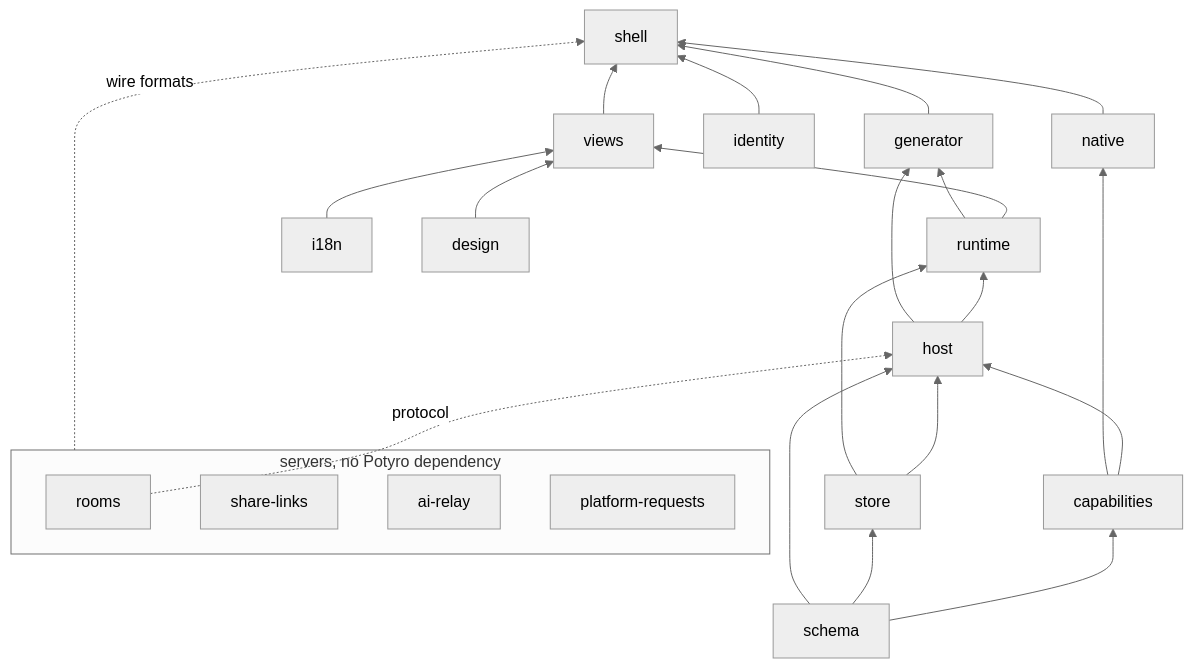
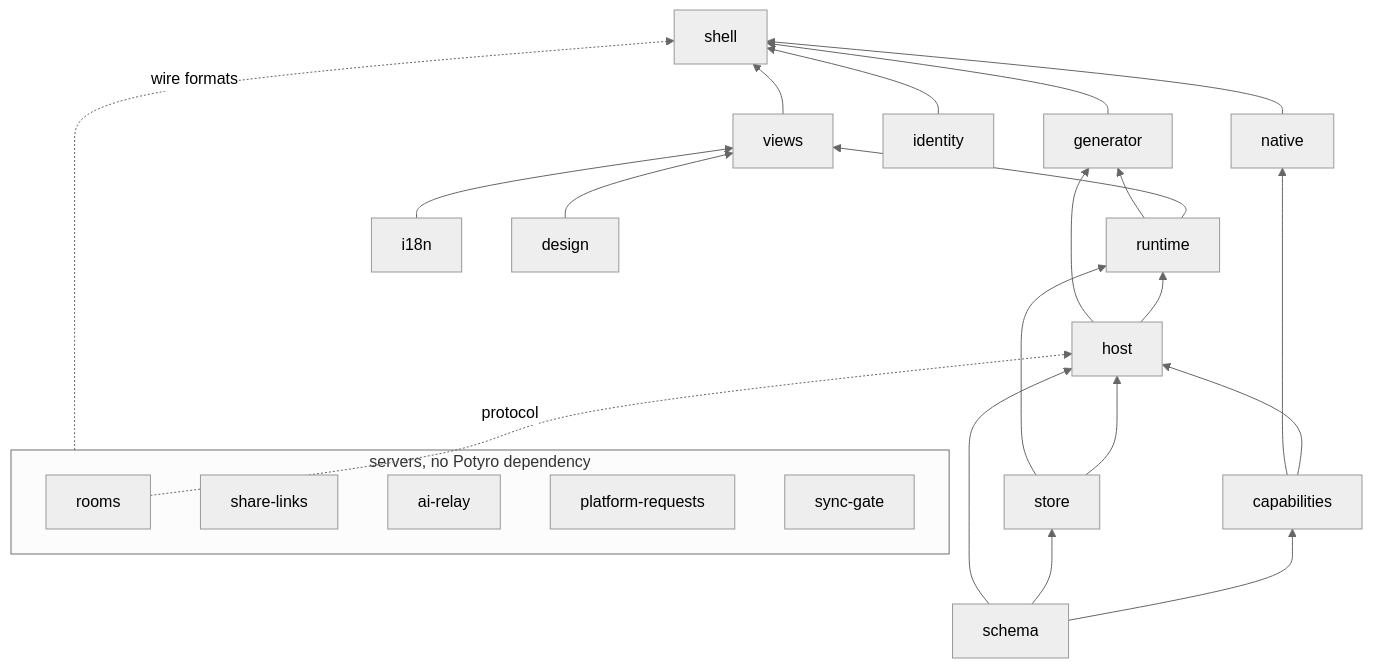
The second of 9 diagrams in docs/00-how-potyro-works.md (potyro-app/potyro), drawn with Mermaid (neutral theme) before and after one commit. The commit also changed other lines of this file and 9 other files, not shown here.

````diff
--- a/docs/00-how-potyro-works.md
+++ b/docs/00-how-potyro-works.md
@@ -189,28 +190,29 @@
 ```mermaid
 flowchart BT
   schema --> capabilities
   schema --> store
   schema --> host
   store --> host
   capabilities --> host
   rooms -. protocol .-> host
   host --> runtime
   store --> runtime
   runtime --> views
   i18n --> views
   design --> views
   runtime --> generator
   host --> generator
   views --> shell
   generator --> shell
   identity --> shell
   native --> shell
   capabilities --> native
   subgraph servers [servers, no Potyro dependency]
     sharelinks[share-links]
     airelay[ai-relay]
     platreq[platform-requests]
+    syncgate[sync-gate]
     rooms
   end
   servers -. wire formats .-> shell
 ```
````
